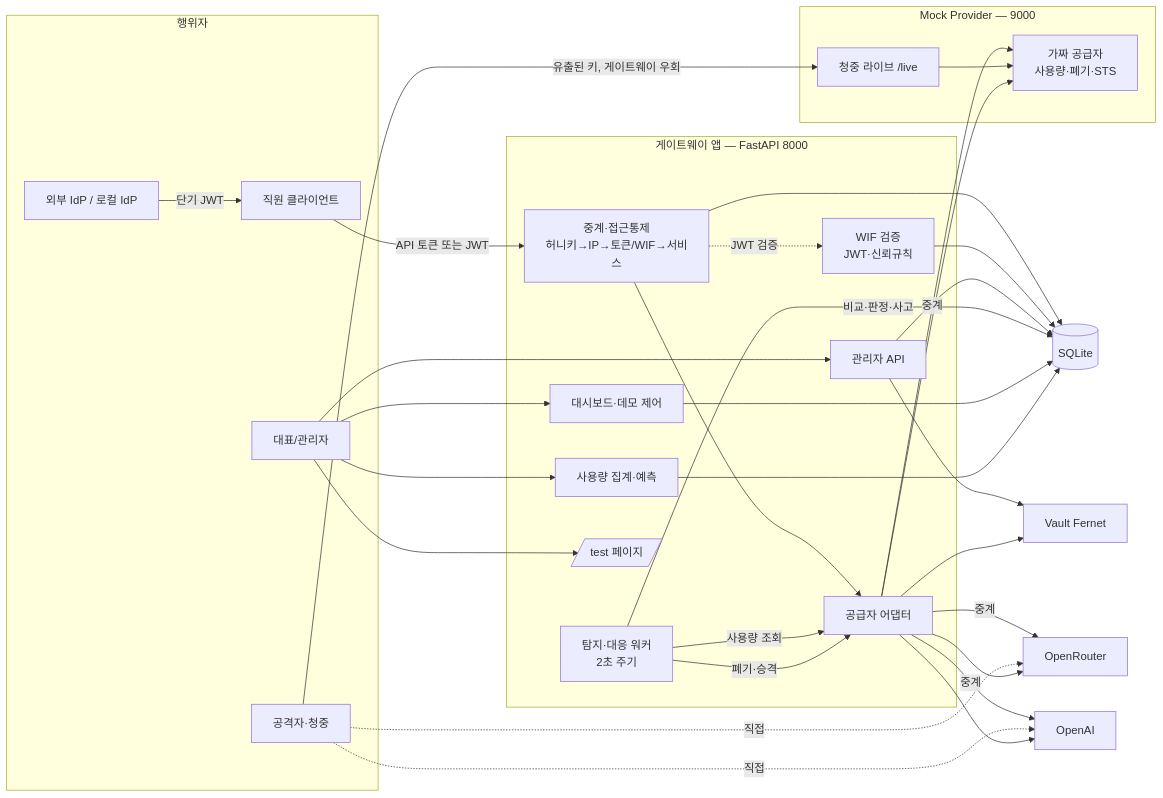
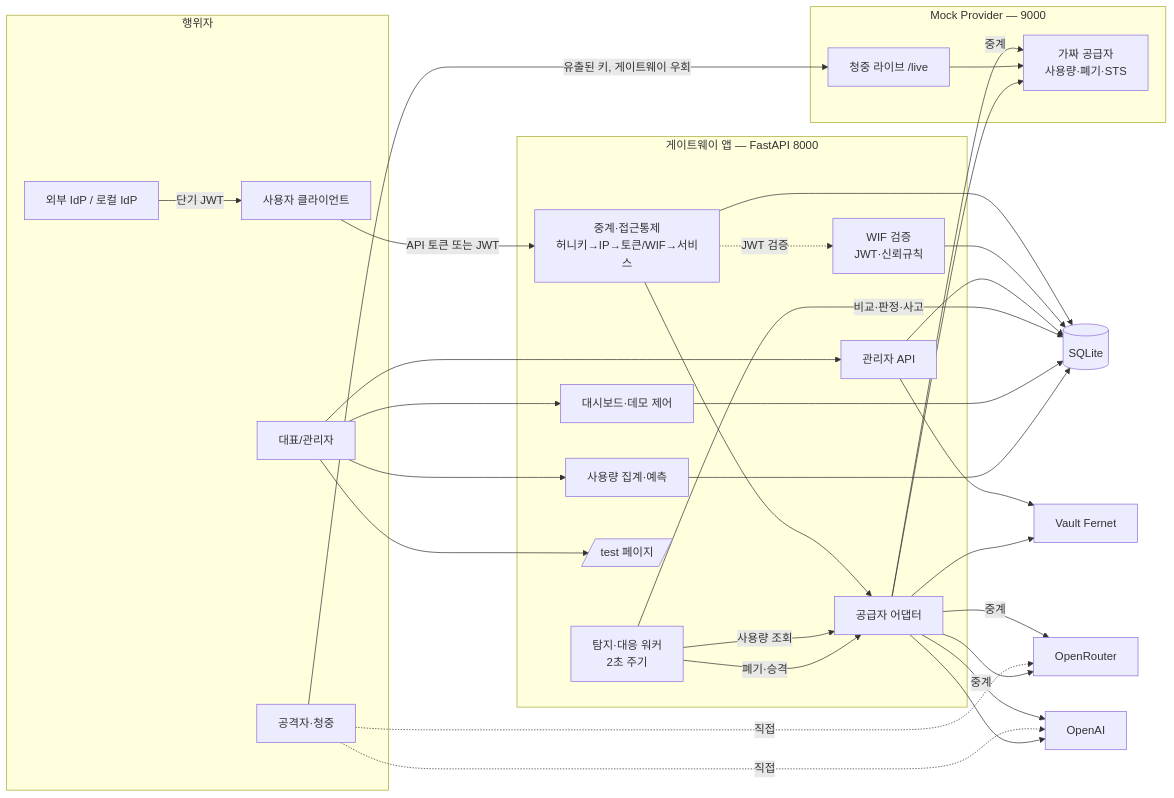
Before and after one commit to Seokyoung-Hong/NovemberApiGateway: the first of 2 diagrams in docs/architecture.md, drawn with Mermaid. The commit also changed other lines of this file and 18 other files, not shown here.

````diff
--- a/docs/architecture.md
+++ b/docs/architecture.md
@@ -52,47 +52,47 @@
 ```mermaid
 flowchart LR
     subgraph Actors[행위자]
-        U1[직원 클라이언트]
+        U1[사용자 클라이언트]
         U2[대표/관리자]
         U3[공격자·청중]
         U4[외부 IdP / 로컬 IdP]
     end
 
     subgraph GW[게이트웨이 앱 — FastAPI 8000]
         G1[중계·접근통제\n허니키→IP→토큰/WIF→서비스]
         G3[WIF 검증\nJWT·신뢰규칙]
         G2[관리자 API]
         D1[탐지·대응 워커\n2초 주기]
         D2[대시보드·데모 제어]
         U5[사용량 집계·예측]
         G4[공급자 어댑터]
         T1[/test 페이지/]
     end
 
     subgraph MK[Mock Provider — 9000]
         M1[가짜 공급자\n사용량·폐기·STS]
         M2[청중 라이브 /live]
     end
 
     S1[(SQLite)]
     S2[Vault Fernet]
     P2[OpenRouter]
     P3[OpenAI]
 
     U1 -- "API 토큰 또는 JWT" --> G1
     U4 -- "단기 JWT" --> U1
     G1 -.JWT 검증.-> G3
     U2 --> G2 & D2 & U5 & T1
     G1 --> G4 -- "중계" --> M1 & P2 & P3
     G1 & G3 & G2 --> S1
     G2 --> S2
     G4 --> S2
     U3 -- "유출된 키, 게이트웨이 우회" --> M2
     M2 --> M1
     U3 -. 직접 .-> P2 & P3
     D1 -- "사용량 조회" --> G4
     G4 --> M1 & P2 & P3
     D1 -- "비교·판정·사고" --> S1
     D1 -- "폐기·승격" --> G4
     D2 & U5 --> S1
 ```
````
